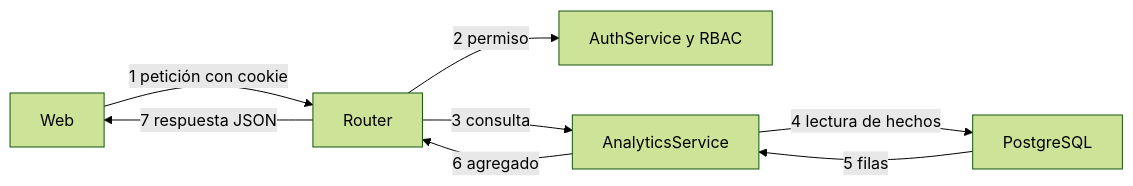
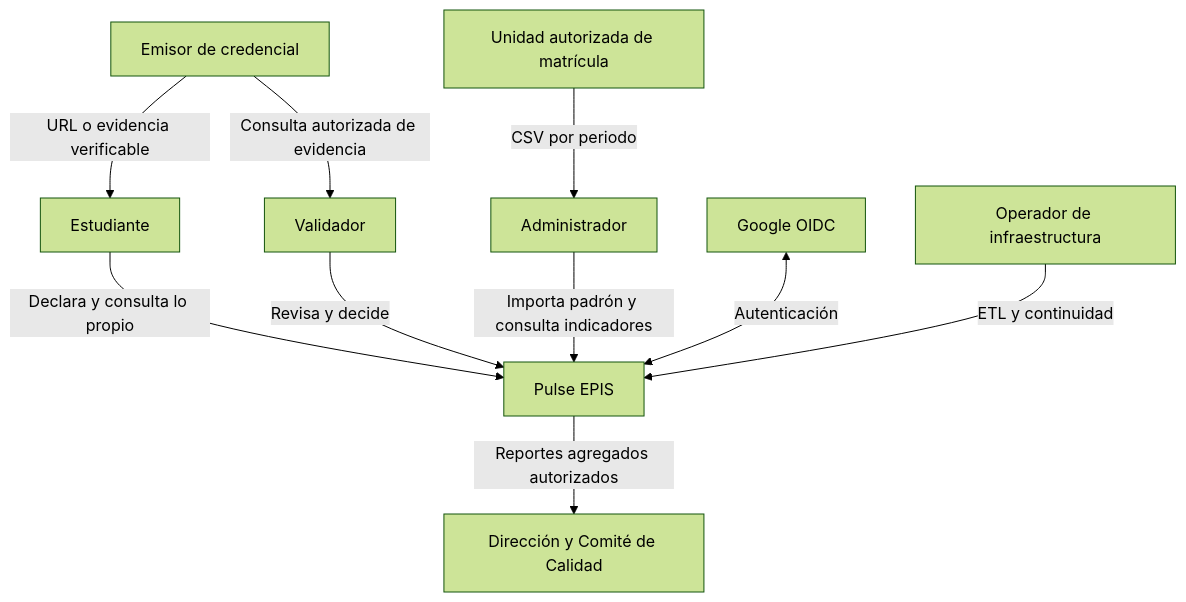
Before and after one commit to Kiara1616/pulse-epis: diagram 11 of 14 in docs/academico/FD04-Arquitectura-Software.md, drawn with Mermaid (forest theme). The commit also changed other lines of this file, not shown here.

````diff
--- a/docs/academico/FD04-Arquitectura-Software.md
+++ b/docs/academico/FD04-Arquitectura-Software.md
@@ -210,10 +673,12 @@
 ```mermaid
-flowchart LR
-    W[Web] -->|1 petición con cookie| R[Router]
-    R -->|2 permiso| A[AuthService y RBAC]
-    R -->|3 consulta| S[AnalyticsService]
-    S -->|4 lectura de hechos| D[PostgreSQL]
-    D -->|5 filas| S
-    S -->|6 agregado| R
-    R -->|7 respuesta JSON| W
+flowchart TB
+    E[Estudiante] -->|Declara y consulta lo propio| P[Pulse EPIS]
+    V[Validador] -->|Revisa y decide| P
+    A[Administrador] -->|Importa padrón y consulta indicadores| P
+    U[Unidad autorizada de matrícula] -->|CSV por periodo| A
+    G[Google OIDC] <-->|Autenticación| P
+    M[Emisor de credencial] -->|URL o evidencia verificable| E
+    M -->|Consulta autorizada de evidencia| V
+    O[Operador de infraestructura] -->|ETL y continuidad| P
+    P -->|Reportes agregados autorizados| D[Dirección y Comité de Calidad]
 ```
````
